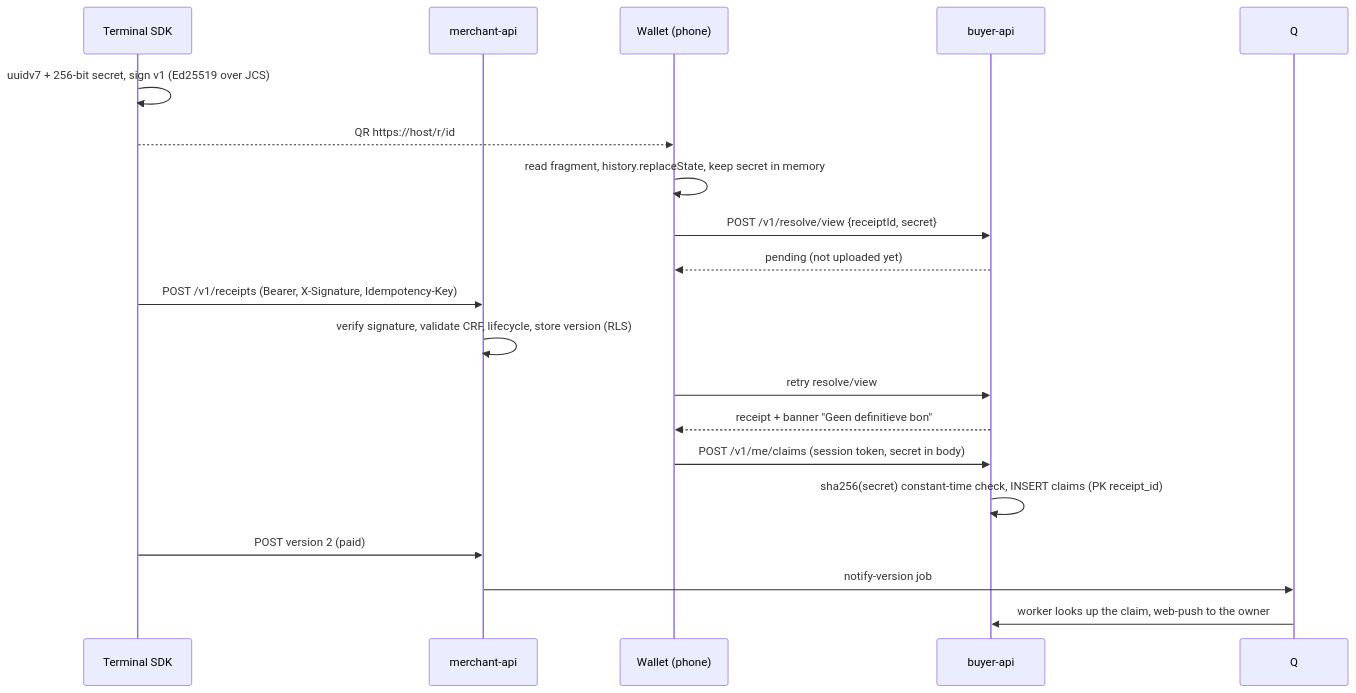
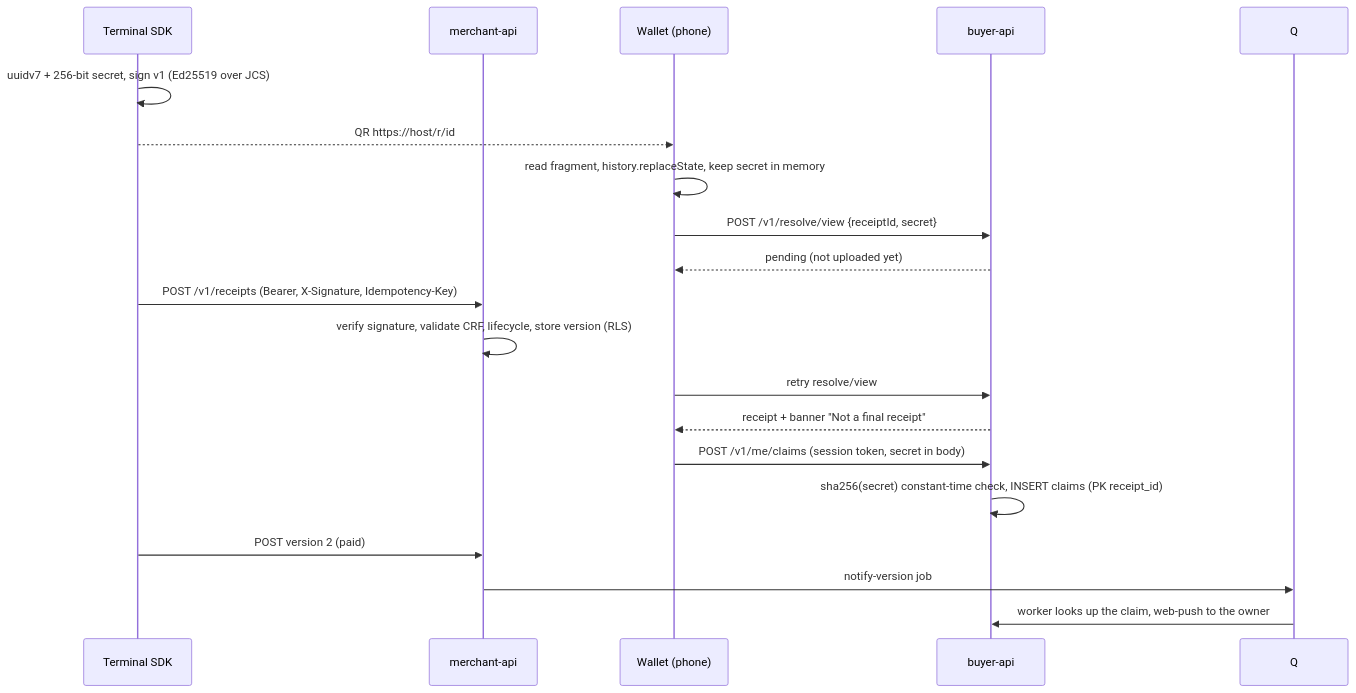
The second of 4 diagrams in docs/ARCHITECTURE.md (DimYiannis/verumly), drawn with Mermaid before and after one commit. The commit also changed other lines of this file and 54 other files, not shown here.

````diff
--- a/docs/ARCHITECTURE.md
+++ b/docs/ARCHITECTURE.md
@@ -44,21 +44,21 @@
 ```mermaid
 sequenceDiagram
   participant T as Terminal SDK
   participant M as merchant-api
   participant W as Wallet (phone)
   participant B as buyer-api
   T->>T: uuidv7 + 256-bit secret, sign v1 (Ed25519 over JCS)
   T-->>W: QR https://host/r/id#secret (no network needed)
   W->>W: read fragment, history.replaceState, keep secret in memory
   W->>B: POST /v1/resolve/view {receiptId, secret}
   B-->>W: pending (not uploaded yet)
   T->>M: POST /v1/receipts (Bearer, X-Signature, Idempotency-Key)
   M->>M: verify signature, validate CRF, lifecycle, store version (RLS)
   W->>B: retry resolve/view
-  B-->>W: receipt + banner "Geen definitieve bon"
+  B-->>W: receipt + banner "Not a final receipt"
   W->>B: POST /v1/me/claims (session token, secret in body)
   B->>B: sha256(secret) constant-time check, INSERT claims (PK receipt_id)
   T->>M: POST version 2 (paid)
   M->>Q: notify-version job
   Q->>B: worker looks up the claim, web-push to the owner
 ```
````
